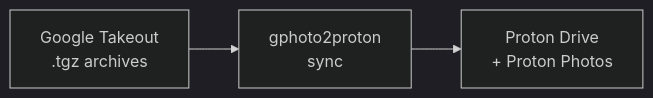
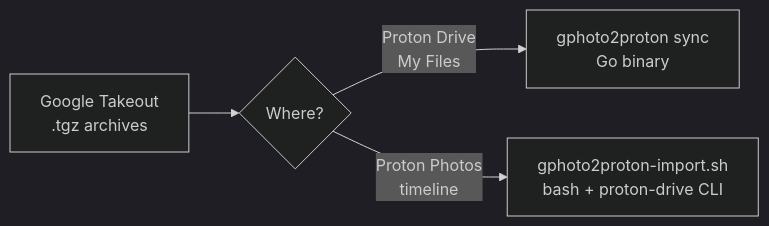
The diagram in docs/index.md (mmornati/gphoto2proton), drawn with Mermaid (dark theme) before and after one commit. The commit also changed other lines of this file and 6 other files, not shown here.

First line of the commit message:
docs: add scripts/proton-drive CLI section with workflow selector

````diff
--- a/docs/index.md
+++ b/docs/index.md
@@ -5,5 +6,6 @@
 ```mermaid
 flowchart LR
-    A[Google Takeout<br/>.tgz archives] --> B[gphoto2proton<br/>sync]
-    B --> C[Proton Drive<br/>+ Proton Photos]
+    A[Google Takeout<br/>.tgz archives] --> B{Where?}
+    B -->|Proton Drive<br/>My Files| C[gphoto2proton sync<br/>Go binary]
+    B -->|Proton Photos<br/>timeline| D[gphoto2proton-import.sh<br/>bash + proton-drive CLI]
 ```
````
